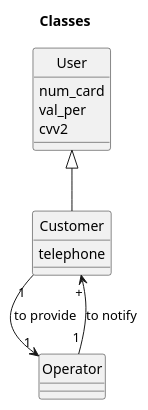
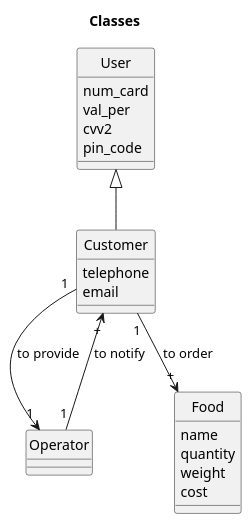
The diagram in 2-SoftwareDesign/2.7-PlantUML/UML-ConceptClasses.puml (oleksandrblazhko/ai-216-zaporozhchenko), drawn with PlantUML before and after one commit.

```diff
--- a/2-SoftwareDesign/2.7-PlantUML/UML-ConceptClasses.puml
+++ b/2-SoftwareDesign/2.7-PlantUML/UML-ConceptClasses.puml
@@ -1,25 +1,35 @@
 @startuml
 
 hide circle
 title Classes
 
 Class User {
     num_card
     val_per
     cvv2
+    pin_code
 }
 
 Class Operator {
     
 }
 
 Class Customer {
     telephone
+    email
+}
+
+Class Food {
+    name
+    quantity
+    weight
+    cost
 }
 
 User <|-- Customer
 
 Operator"1" --> "+"Customer : to notify
-Customer"1" --> "1"Operator : to provide 
+Customer"1" --> "1"Operator : to provide
+Customer"1" --> "+"Food : to order 
 
 @enduml
```
